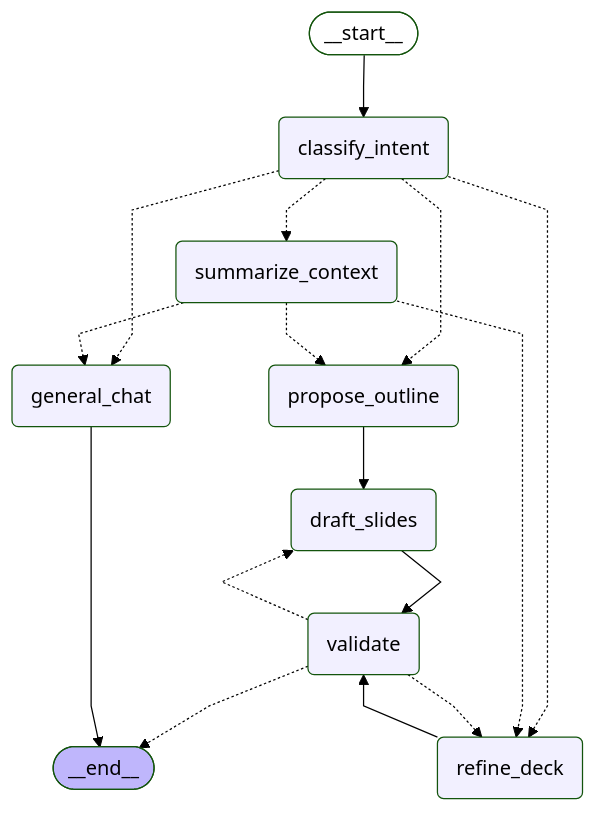
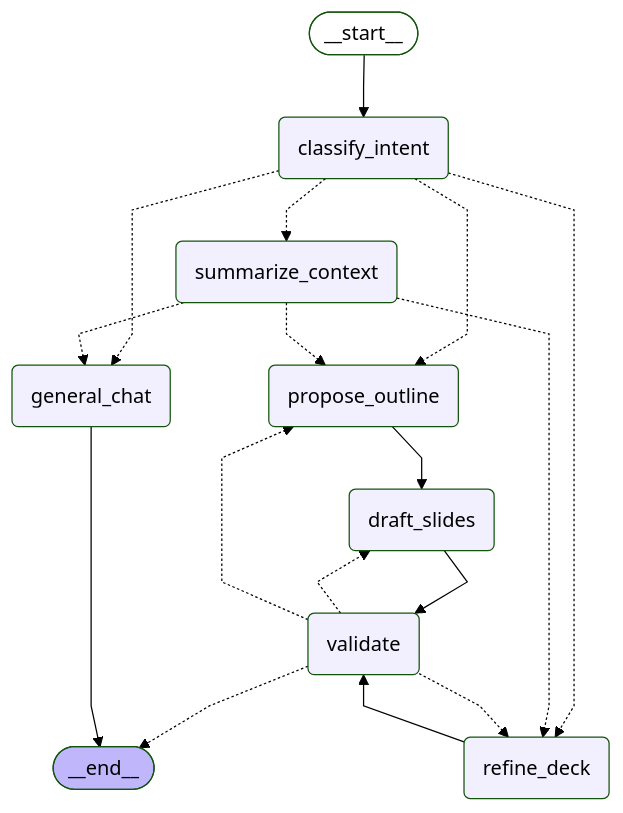
One commit to Fidelisaboke/slideia changed the diagram in apps/backend/graph_structure.md. Above: the diagram before and after it, drawn with Mermaid (forest theme). The commit also changed 3 other files, not shown here.

````diff
--- a/apps/backend/graph_structure.md
+++ b/apps/backend/graph_structure.md
@@ -7,36 +7,37 @@
 ```mermaid
 ---
 config:
   flowchart:
     curve: linear
 ---
 graph TD;
 	__start__([<p>__start__</p>]):::first
 	classify_intent(classify_intent)
 	summarize_context(summarize_context)
 	propose_outline(propose_outline)
 	draft_slides(draft_slides)
 	refine_deck(refine_deck)
 	validate(validate)
 	general_chat(general_chat)
 	__end__([<p>__end__</p>]):::last
 	__start__ --> classify_intent;
 	classify_intent -.-> general_chat;
 	classify_intent -.-> propose_outline;
 	classify_intent -.-> refine_deck;
 	classify_intent -.-> summarize_context;
 	draft_slides --> validate;
 	propose_outline --> draft_slides;
 	refine_deck --> validate;
 	summarize_context -.-> general_chat;
 	summarize_context -.-> propose_outline;
 	summarize_context -.-> refine_deck;
 	validate -.-> __end__;
 	validate -.-> draft_slides;
+	validate -.-> propose_outline;
 	validate -.-> refine_deck;
 	general_chat --> __end__;
 	classDef default fill:#f2f0ff,line-height:1.2
 	classDef first fill-opacity:0
 	classDef last fill:#bfb6fc
 
 ```
````
